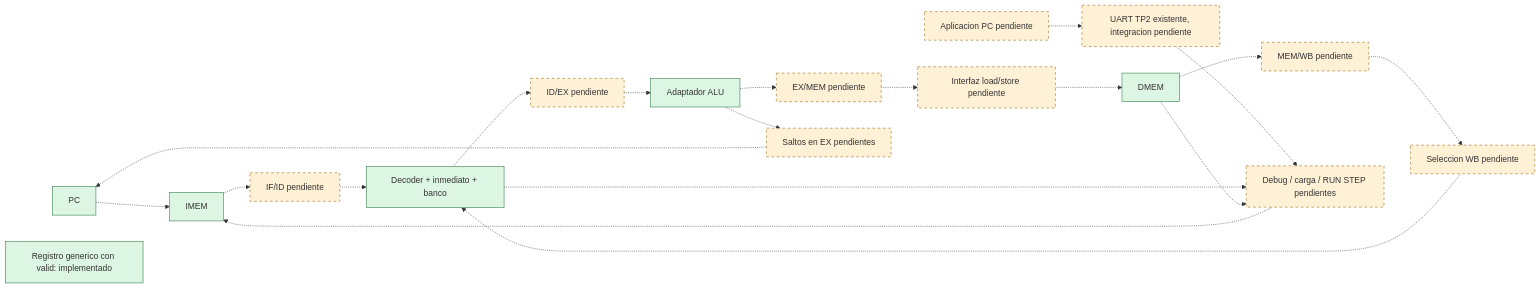
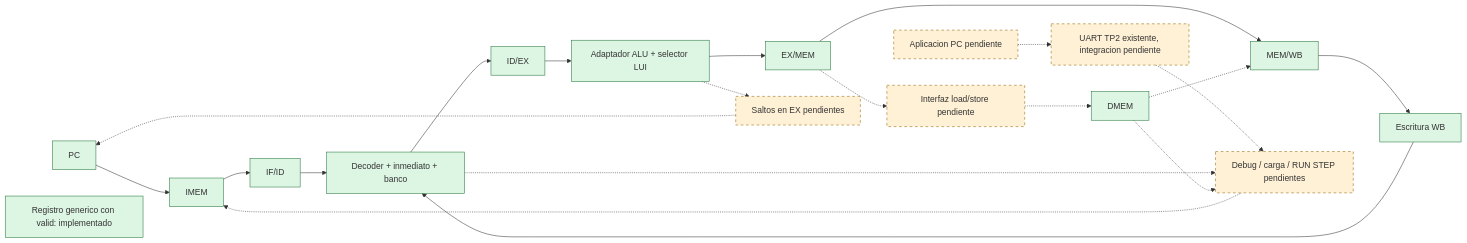
The diagram in TP3/docs/arquitectura.md (SofiViale/Arqui-TPs), drawn with Mermaid before and after one commit. The commit also changed other lines of this file and 10 other files, not shown here.

````diff
--- a/TP3/docs/arquitectura.md
+++ b/TP3/docs/arquitectura.md
@@ -8,26 +9,27 @@
 ```mermaid
 flowchart LR
-    PC[PC] -.-> IM[IMEM]
-    IM -.-> FI[IF/ID pendiente]
-    FI -.-> ID[Decoder + inmediato + banco]
-    ID -.-> IE[ID/EX pendiente]
-    IE -.-> EX[Adaptador ALU]
-    EX -.-> EM[EX/MEM pendiente]
+    PC[PC] --> IM[IMEM]
+    IM --> FI[IF/ID]
+    FI --> ID[Decoder + inmediato + banco]
+    ID --> IE[ID/EX]
+    IE --> EX[Adaptador ALU + selector LUI]
+    EX --> EM[EX/MEM]
+    EM --> MW[MEM/WB]
     EM -.-> MI[Interfaz load/store pendiente]
     MI -.-> DM[DMEM]
-    DM -.-> MW[MEM/WB pendiente]
-    MW -.-> WB[Seleccion WB pendiente]
-    WB -.-> ID
+    DM -.-> MW
+    MW --> WB[Escritura WB]
+    WB --> ID
     EX -.-> BR[Saltos en EX pendientes]
     BR -.-> PC
     HOST[Aplicacion PC pendiente] -.-> UART[UART TP2 existente, integracion pendiente]
     UART -.-> DBG[Debug / carga / RUN STEP pendientes]
     DBG -.-> IM
     ID -.-> DBG
     DM -.-> DBG
     GEN[Registro generico con valid: implementado]
     classDef future fill:#fff1d6,stroke:#936200,stroke-dasharray:5 5;
     classDef ready fill:#ddf5e3,stroke:#24753b;
-    class PC,IM,ID,EX,DM,GEN ready;
-    class FI,IE,EM,MI,MW,WB,BR,HOST,UART,DBG future;
+    class PC,IM,ID,EX,DM,GEN,FI,IE,EM,MW,WB ready;
+    class MI,BR,HOST,UART,DBG future;
 ```
````
